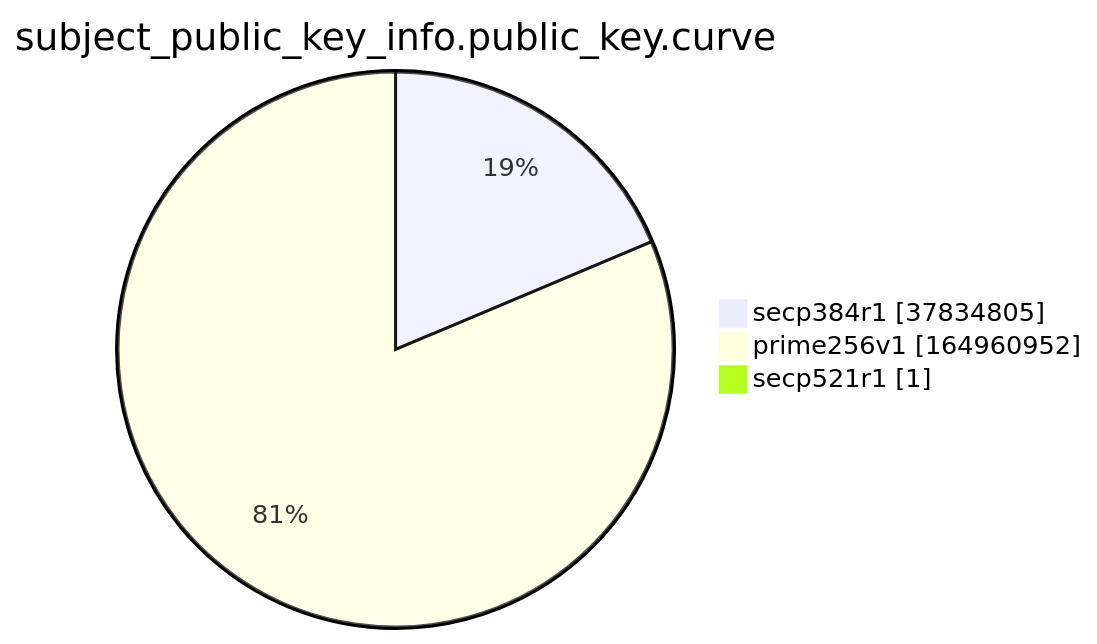
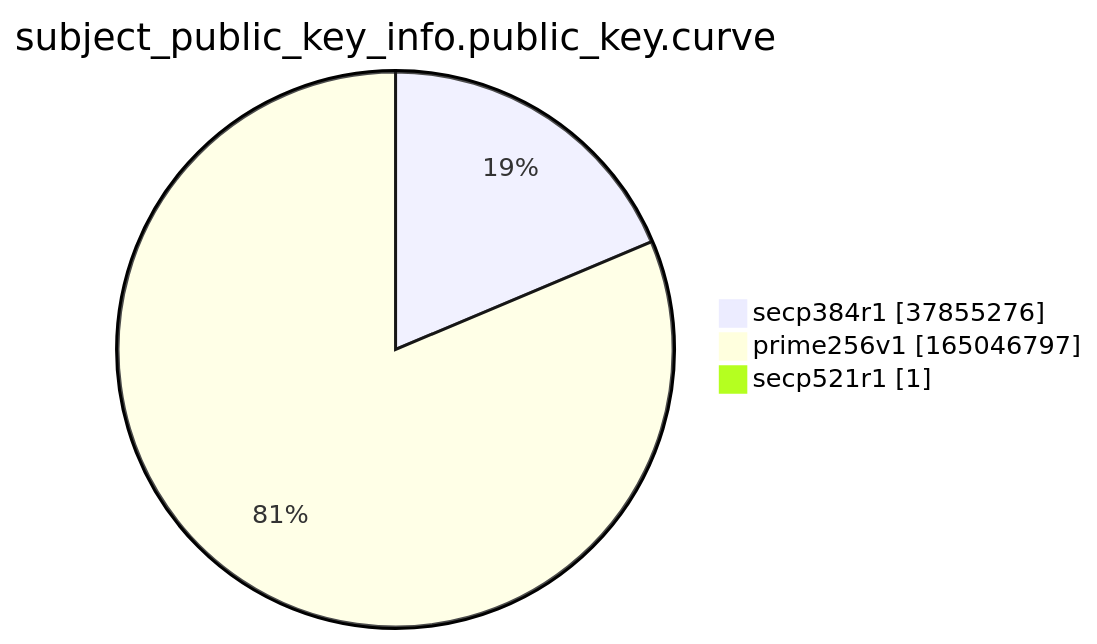
One commit to christiankrug/ctmonitor_visualization changed the ninth of 15 diagrams in argon2022/README.md. Above: the diagram before and after it, drawn with Mermaid. The commit also changed other lines of this file, not shown here.

````diff
--- a/argon2022/README.md
+++ b/argon2022/README.md
@@ -2766,7 +2766,7 @@
 ```mermaid
 pie showData
 title subject_public_key_info.public_key.curve
-"secp384r1" :37834805
-"prime256v1" :164960952
+"secp384r1" :37855276
+"prime256v1" :165046797
 "secp521r1" :1
 ```
````
